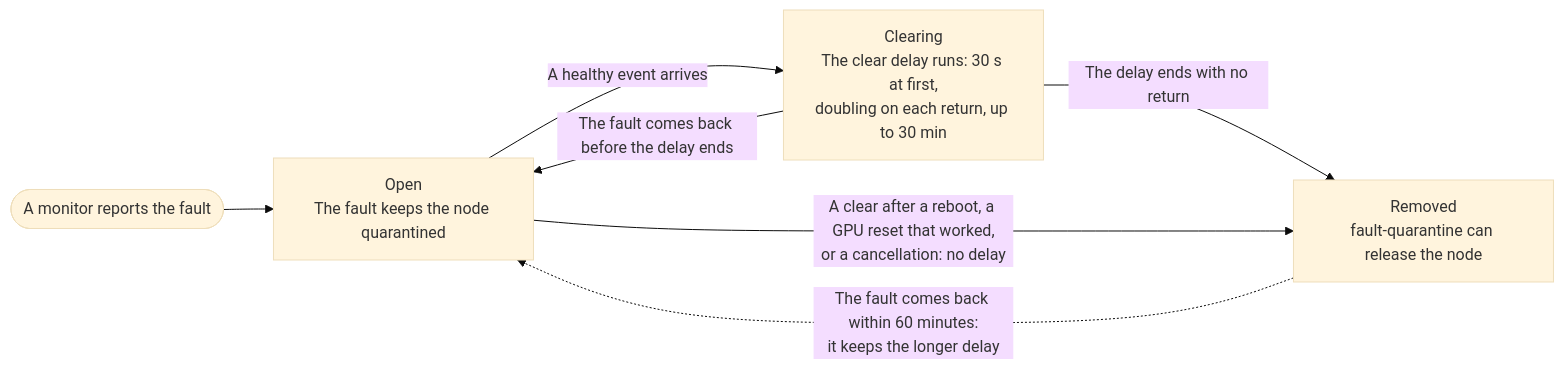
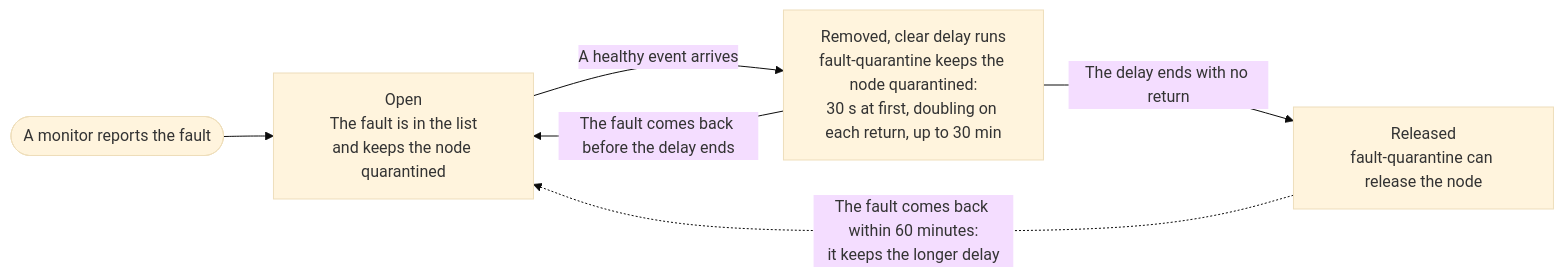
Before and after one commit to KaivalyaMDabhadkar/NVSentinel: the third of 3 diagrams in docs/designs/063-nodehealth-remediation-without-a-database.md, drawn with Mermaid (base theme). The commit also changed other lines of this file, not shown here.

````diff
--- a/docs/designs/063-nodehealth-remediation-without-a-database.md
+++ b/docs/designs/063-nodehealth-remediation-without-a-database.md
@@ -268,9 +256,8 @@
 ```mermaid
 flowchart LR
-  report(["A monitor reports the fault"]) --> open["Open<br/>The fault keeps the node quarantined"]
-  open -->|"A healthy event arrives"| clearing["Clearing<br/>The clear delay runs: 30 s at first,<br/>doubling on each return, up to 30 min"]
-  clearing -->|"The fault comes back before the delay ends"| open
-  clearing -->|"The delay ends with no return"| removed["Removed<br/>fault-quarantine can release the node"]
-  open -->|"A clear after a reboot, a GPU reset that worked,<br/>or a cancellation: no delay"| removed
-  removed -.->|"The fault comes back within 60 minutes:<br/>it keeps the longer delay"| open
+  report(["A monitor reports the fault"]) --> open["Open<br/>The fault is in the list<br/>and keeps the node quarantined"]
+  open -->|"A healthy event arrives"| delay["Removed, clear delay runs<br/>fault-quarantine keeps the node quarantined:<br/>30 s at first, doubling on each return, up to 30 min"]
+  delay -->|"The fault comes back before the delay ends"| open
+  delay -->|"The delay ends with no return"| released["Released<br/>fault-quarantine can release the node"]
+  released -.->|"The fault comes back within 60 minutes:<br/>it keeps the longer delay"| open
 ```
````
